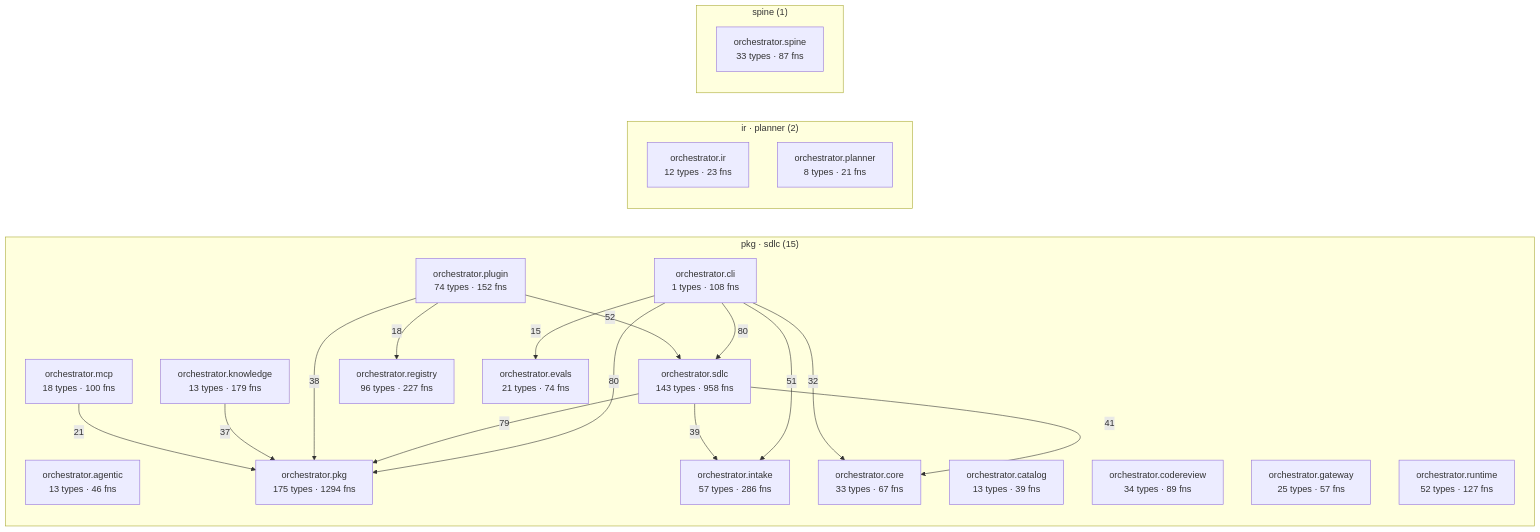
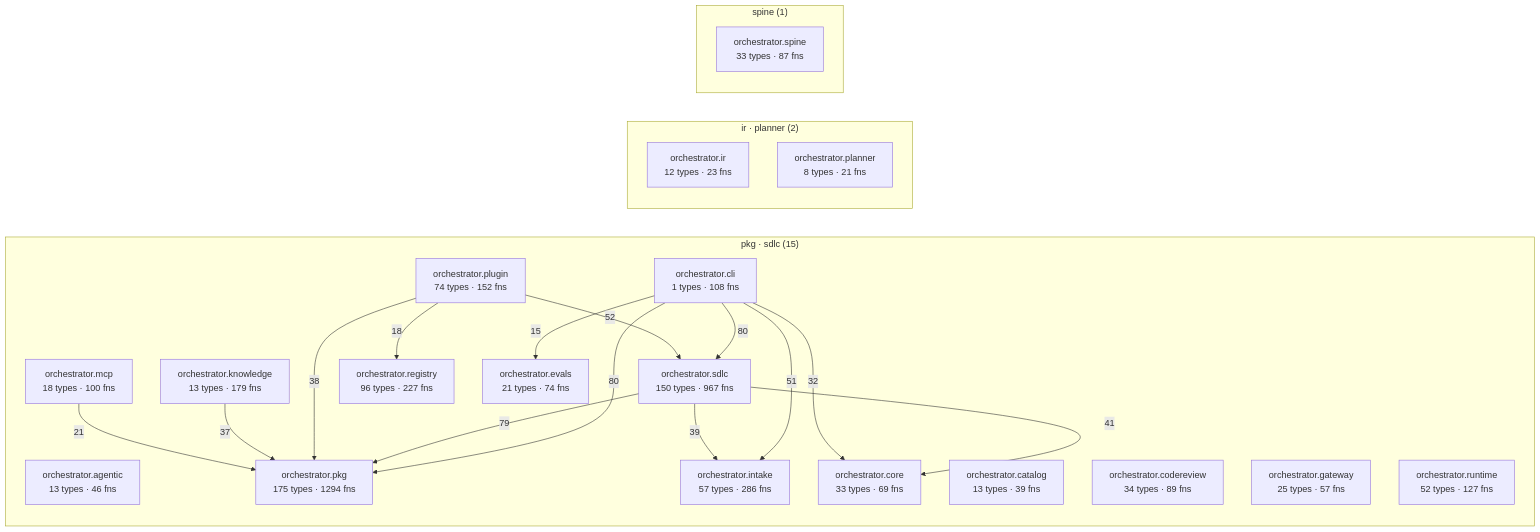
Before and after one commit to synaptixs/spine: the diagram in episteme/architecture.md, drawn with Mermaid. The commit also changed other lines of this file and 22 other files, not shown here.

````diff
--- a/episteme/architecture.md
+++ b/episteme/architecture.md
@@ -56,40 +56,40 @@
 ```mermaid
 flowchart LR
   subgraph c_2["pkg · sdlc (15)"]
     aorchestratoragentic["orchestrator.agentic<br/>13 types · 46 fns"]
     aorchestratorcatalog["orchestrator.catalog<br/>13 types · 39 fns"]
     aorchestratorcli["orchestrator.cli<br/>1 types · 108 fns"]
     aorchestratorcodereview["orchestrator.codereview<br/>34 types · 89 fns"]
-    aorchestratorcore["orchestrator.core<br/>33 types · 67 fns"]
+    aorchestratorcore["orchestrator.core<br/>33 types · 69 fns"]
     aorchestratorevals["orchestrator.evals<br/>21 types · 74 fns"]
     aorchestratorgateway["orchestrator.gateway<br/>25 types · 57 fns"]
     aorchestratorintake["orchestrator.intake<br/>57 types · 286 fns"]
     aorchestratorknowledge["orchestrator.knowledge<br/>13 types · 179 fns"]
     aorchestratormcp["orchestrator.mcp<br/>18 types · 100 fns"]
     aorchestratorpkg["orchestrator.pkg<br/>175 types · 1294 fns"]
     aorchestratorplugin["orchestrator.plugin<br/>74 types · 152 fns"]
     aorchestratorregistry["orchestrator.registry<br/>96 types · 227 fns"]
     aorchestratorruntime["orchestrator.runtime<br/>52 types · 127 fns"]
-    aorchestratorsdlc["orchestrator.sdlc<br/>143 types · 958 fns"]
+    aorchestratorsdlc["orchestrator.sdlc<br/>150 types · 967 fns"]
   end
   subgraph c_5["ir · planner (2)"]
     aorchestratorir["orchestrator.ir<br/>12 types · 23 fns"]
     aorchestratorplanner["orchestrator.planner<br/>8 types · 21 fns"]
   end
   subgraph c_10["spine (1)"]
     aorchestratorspine["orchestrator.spine<br/>33 types · 87 fns"]
   end
   aorchestratorcli -->|80| aorchestratorpkg
   aorchestratorcli -->|80| aorchestratorsdlc
   aorchestratorsdlc -->|79| aorchestratorpkg
   aorchestratorplugin -->|52| aorchestratorsdlc
   aorchestratorcli -->|51| aorchestratorintake
   aorchestratorsdlc -->|41| aorchestratorcore
   aorchestratorsdlc -->|39| aorchestratorintake
   aorchestratorplugin -->|38| aorchestratorpkg
   aorchestratorknowledge -->|37| aorchestratorpkg
   aorchestratorcli -->|32| aorchestratorcore
   aorchestratormcp -->|21| aorchestratorpkg
   aorchestratorplugin -->|18| aorchestratorregistry
   aorchestratorcli -->|15| aorchestratorevals
 ```
````
